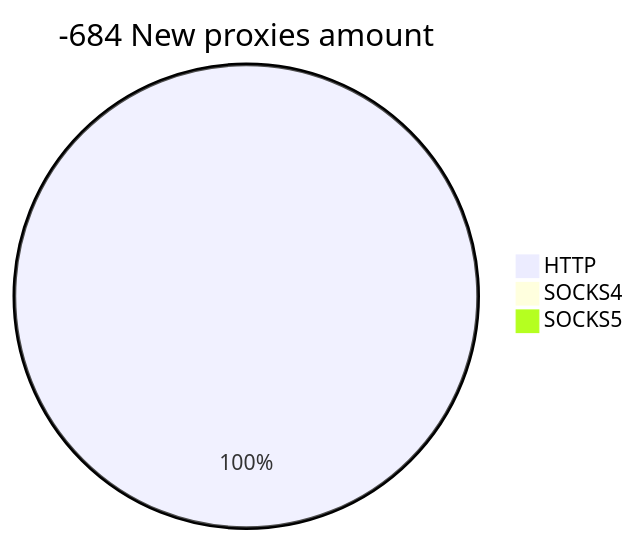
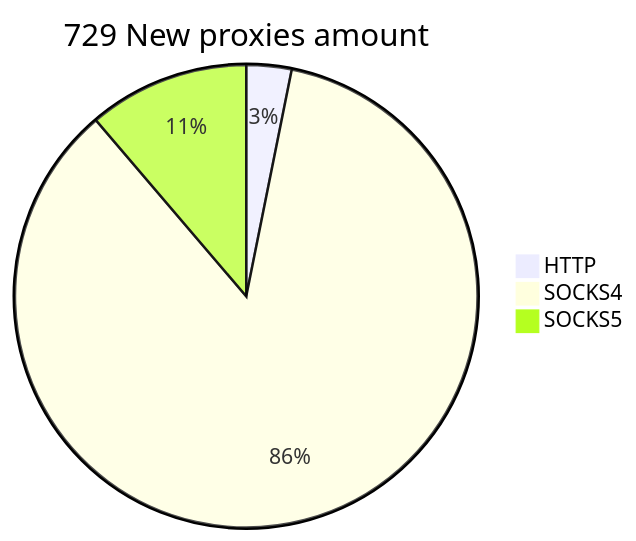
One commit to cutipu/proxylist changed the second of 2 diagrams in README.md. Above: the diagram before and after it, drawn with Mermaid. The commit also changed other lines of this file, not shown here.

````diff
--- a/README.md
+++ b/README.md
@@ -10,6 +10,6 @@
 ```mermaid
-pie title -684 New proxies amount
-    "HTTP" : 22
-    "SOCKS4" : 0
-    "SOCKS5" : 0
+pie title 729 New proxies amount
+    "HTTP" : 23
+    "SOCKS4" : 624
+    "SOCKS5" : 82
 ```
````
